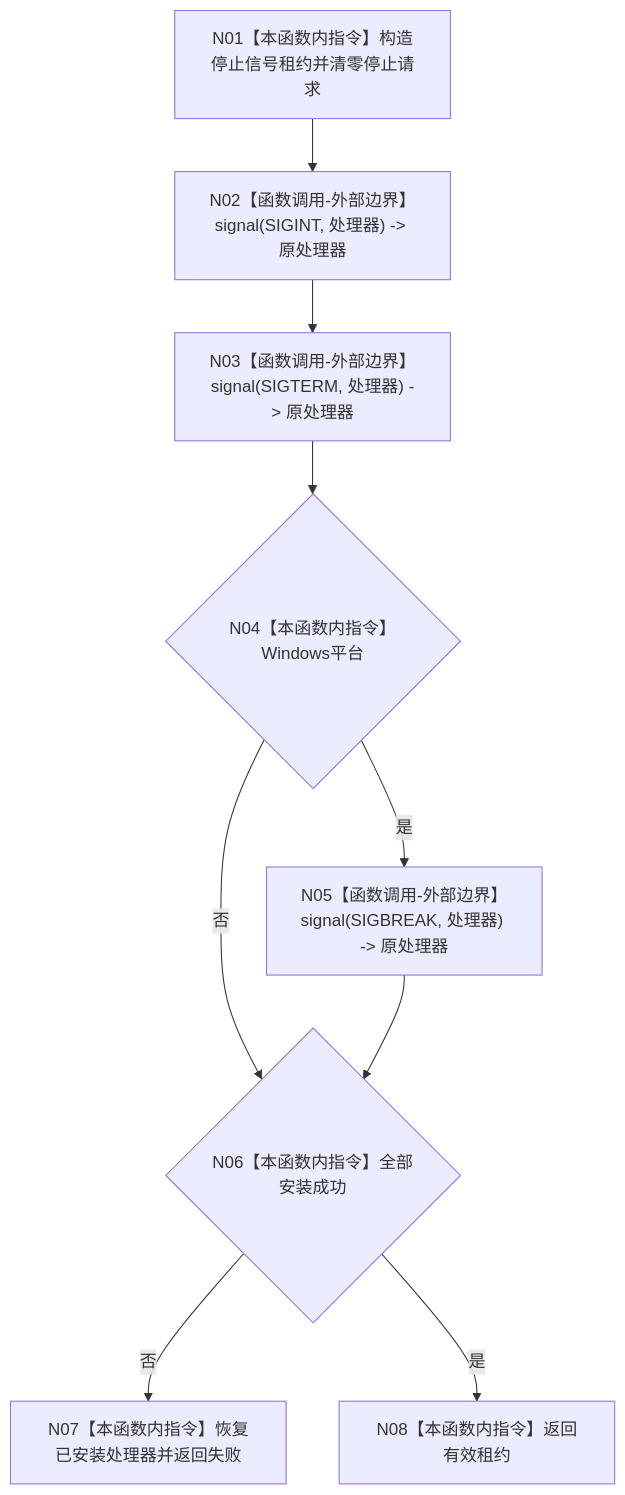
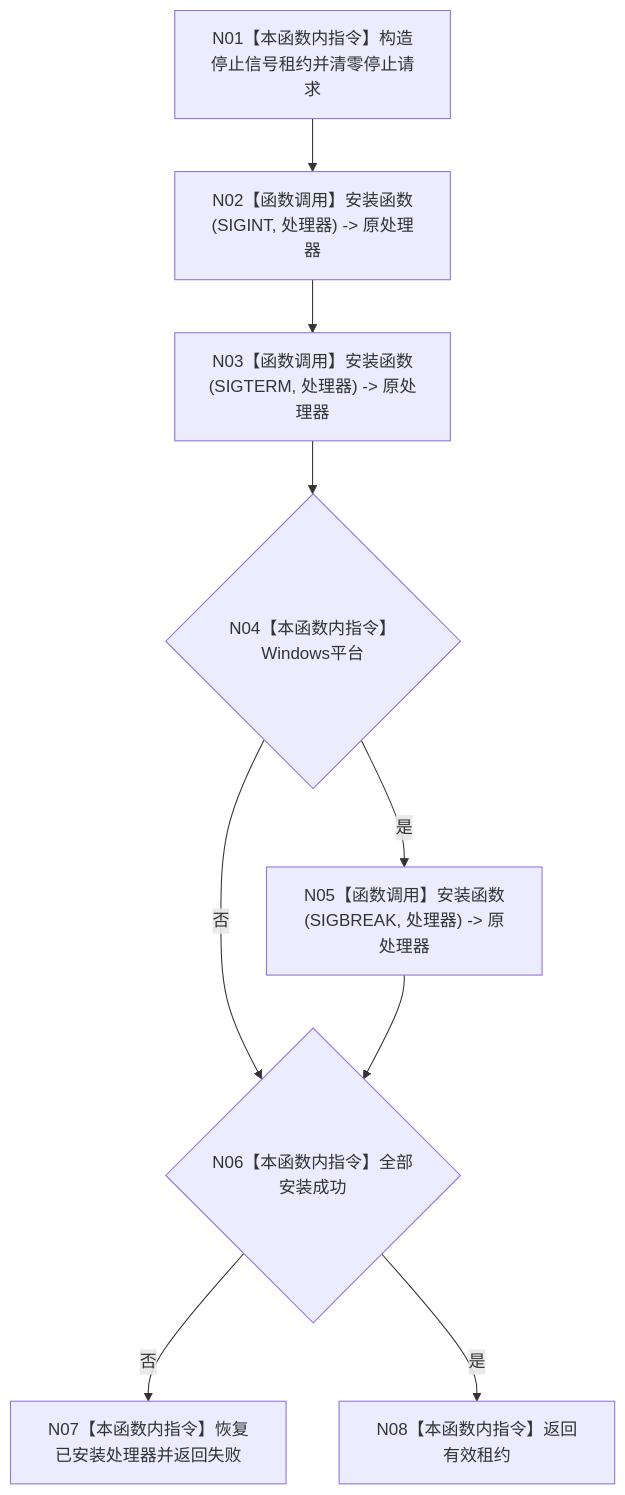
The diagram in 流程图/20260726_ENTRY-ONLY_F12_安装程序停止信号_施工流程图_v0.1.md (chunhaizh-cyber/HY-Ego), drawn with Mermaid before and after one commit. The commit also changed other lines of this file and 54 other files, not shown here.

````diff
--- a/流程图/20260726_ENTRY-ONLY_F12_安装程序停止信号_施工流程图_v0.1.md
+++ b/流程图/20260726_ENTRY-ONLY_F12_安装程序停止信号_施工流程图_v0.1.md
@@ -28,11 +29,11 @@
 ```mermaid
 flowchart TD
-    N01["N01【本函数内指令】构造停止信号租约并清零停止请求"] --> N02["N02【函数调用-外部边界】signal(SIGINT, 处理器) -> 原处理器"]
-    N02 --> N03["N03【函数调用-外部边界】signal(SIGTERM, 处理器) -> 原处理器"]
+    N01["N01【本函数内指令】构造停止信号租约并清零停止请求"] --> N02["N02【函数调用】安装函数(SIGINT, 处理器) -> 原处理器"]
+    N02 --> N03["N03【函数调用】安装函数(SIGTERM, 处理器) -> 原处理器"]
     N03 --> N04{"N04【本函数内指令】Windows平台"}
-    N04 -- "是" --> N05["N05【函数调用-外部边界】signal(SIGBREAK, 处理器) -> 原处理器"]
+    N04 -- "是" --> N05["N05【函数调用】安装函数(SIGBREAK, 处理器) -> 原处理器"]
     N04 -- "否" --> N06{"N06【本函数内指令】全部安装成功"}
     N05 --> N06
     N06 -- "否" --> N07["N07【本函数内指令】恢复已安装处理器并返回失败"]
     N06 -- "是" --> N08["N08【本函数内指令】返回有效租约"]
 ```
````
